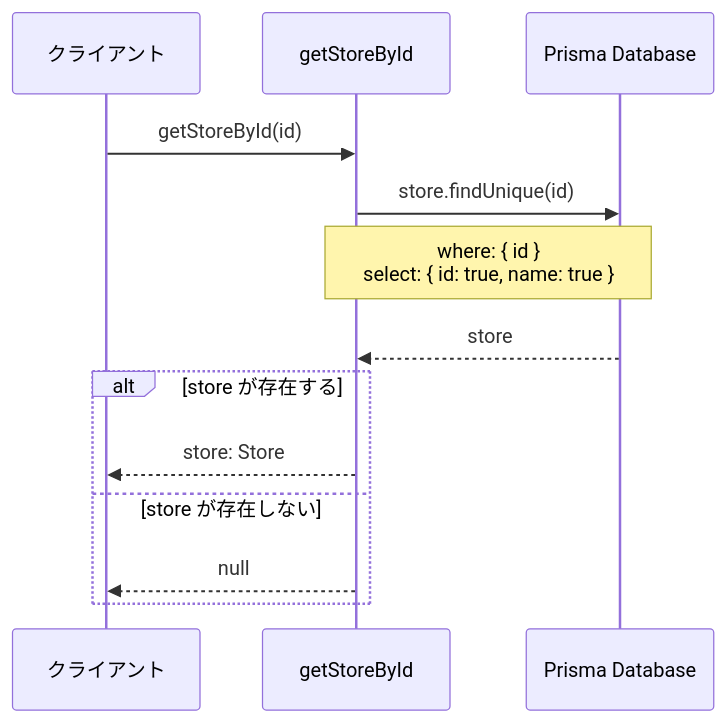
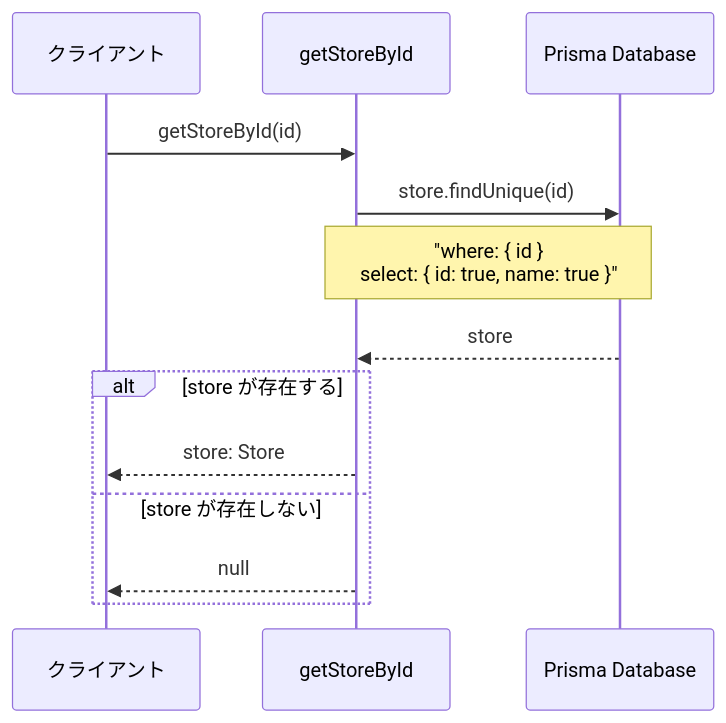
The third of 8 diagrams in document/actions/sequence/store.md (wasabi49/ocs-systemDevelopmentExercises), drawn with Mermaid before and after one commit. The commit also changed other lines of this file and 42 other files, not shown here.

First line of the commit message:
fix: mermaidシーケンス図のNote over文でダブルクォーテーション不足を修正

````diff
--- a/document/actions/sequence/store.md
+++ b/document/actions/sequence/store.md
@@ -45,17 +45,17 @@
 ```mermaid
 sequenceDiagram
     participant Client as クライアント
     participant Action as getStoreById
     participant DB as Prisma Database
 
     Client->>Action: getStoreById(id)
     Action->>DB: store.findUnique(id)
-    Note over Action,DB: where: { id }<br/>select: { id: true, name: true }
+    Note over Action,DB: "where: { id }<br/>select: { id: true, name: true }"
     DB-->>Action: store
     
     alt store が存在する
         Action-->>Client: store: Store
     else store が存在しない
         Action-->>Client: null
     end
 ```
````
